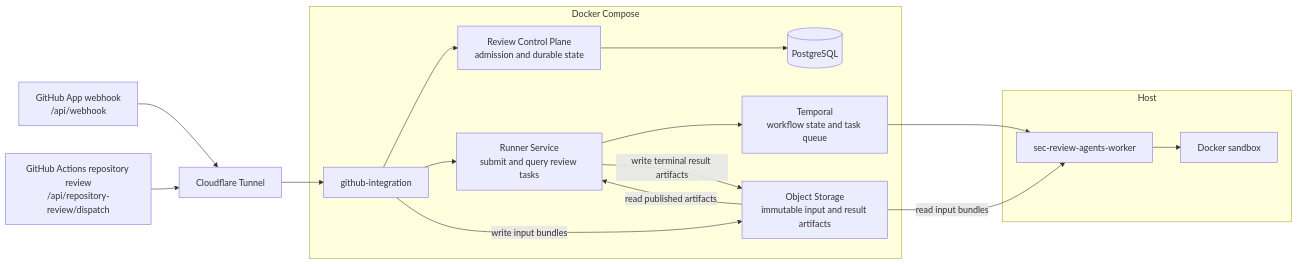
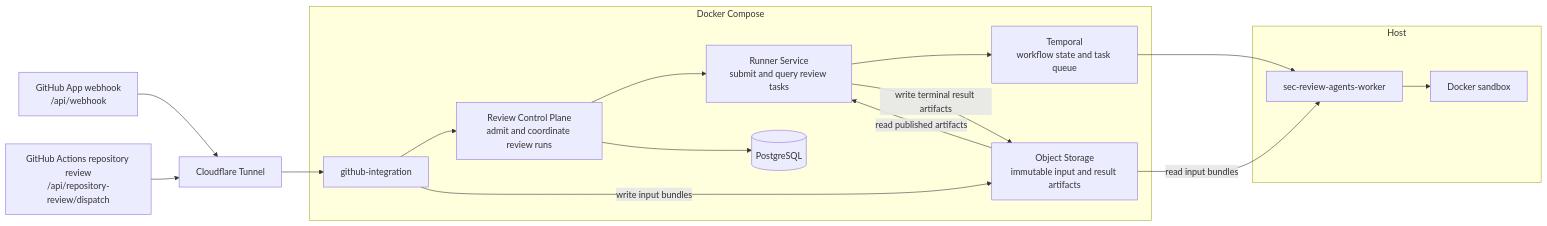
One commit to Agent-AI-Chalmers/sec-review-bot changed the diagram in docs/operations/LOCAL_INTEGRATED_DEPLOYMENT.md. Above: the diagram before and after it, drawn with Mermaid. The commit also changed other lines of this file and 34 other files, not shown here.

Commit message:
feat(control-plane): move Runner coordination behind control plane

````diff
--- a/docs/operations/LOCAL_INTEGRATED_DEPLOYMENT.md
+++ b/docs/operations/LOCAL_INTEGRATED_DEPLOYMENT.md
@@ -11,23 +11,23 @@
 ```mermaid
 flowchart LR
     webhook["GitHub App webhook<br/>/api/webhook"] --> tunnel["Cloudflare Tunnel"]
     dispatch["GitHub Actions repository review<br/>/api/repository-review/dispatch"] --> tunnel
 
     subgraph compose["Docker Compose"]
-        integration["github-integration"] --> control["Review Control Plane<br/>admission and durable state"]
-        integration --> runner["Runner Service<br/>submit and query review tasks"]
+        integration["github-integration"] --> control["Review Control Plane<br/>admit and coordinate review runs"]
+        control --> runner["Runner Service<br/>submit and query review tasks"]
         control --> postgres[(PostgreSQL)]
         runner --> temporal["Temporal<br/>workflow state and task queue"]
         integration -->|write input bundles| storage["Object Storage<br/>immutable input and result artifacts"]
         runner -->|write terminal result artifacts| storage
     end
 
     subgraph host["Host"]
         worker["sec-review-agents-worker"] --> sandbox["Docker sandbox"]
     end
 
     tunnel --> integration
     temporal --> worker
     storage -->|read input bundles| worker
     storage -->|read published artifacts| runner
 ```
````
